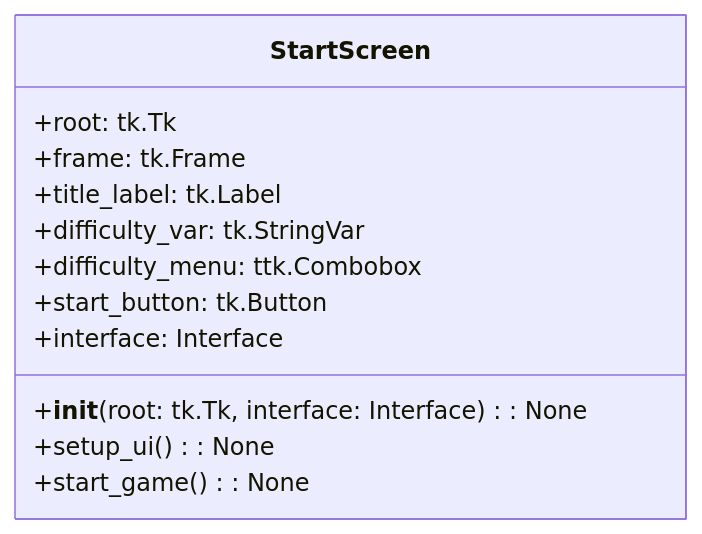
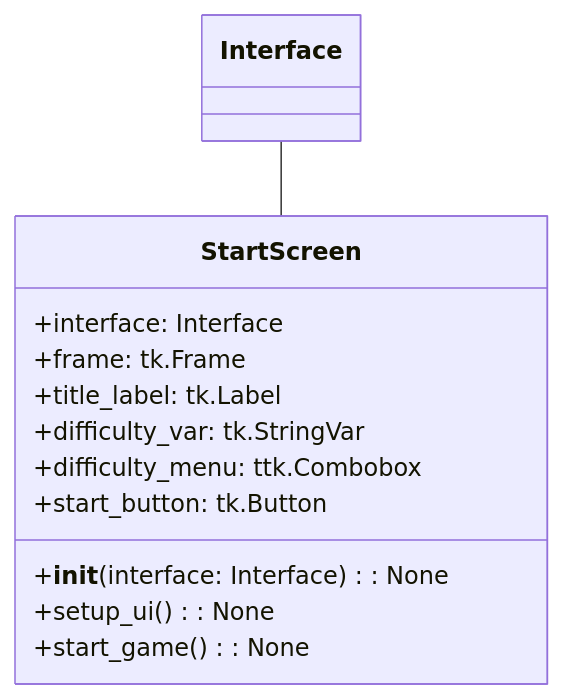
Before and after one commit to yu8ikmnbgt6y/chatgpt_minesweeper: the fourth of 11 diagrams in docs/class_diagrams/init.md, drawn with Mermaid. The commit also changed other lines of this file and 2 other files, not shown here.

Commit message:
update class diagram

````diff
--- a/docs/class_diagrams/init.md
+++ b/docs/class_diagrams/init.md
@@ -74,16 +76,16 @@
 ```mermaid
 classDiagram
     class StartScreen {
-        +root: tk.Tk
+        +interface: Interface
         +frame: tk.Frame
         +title_label: tk.Label
         +difficulty_var: tk.StringVar
         +difficulty_menu: ttk.Combobox
         +start_button: tk.Button
-        +interface: Interface
 
-        +__init__(root: tk.Tk, interface: Interface): None
+        +__init__(interface: Interface): None
         +setup_ui(): None
         +start_game(): None
     }
+    Interface -- StartScreen
 ```
````
